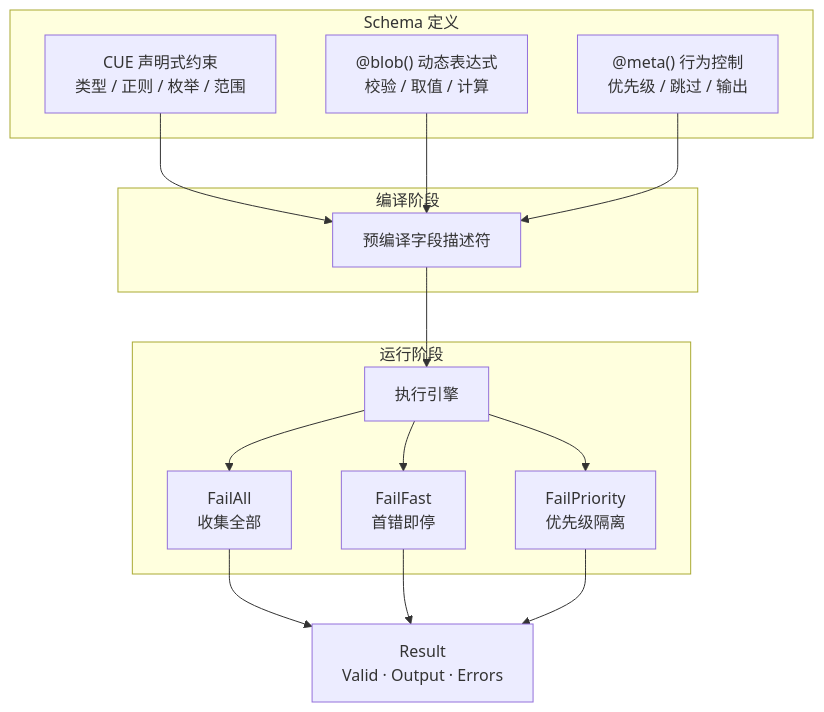
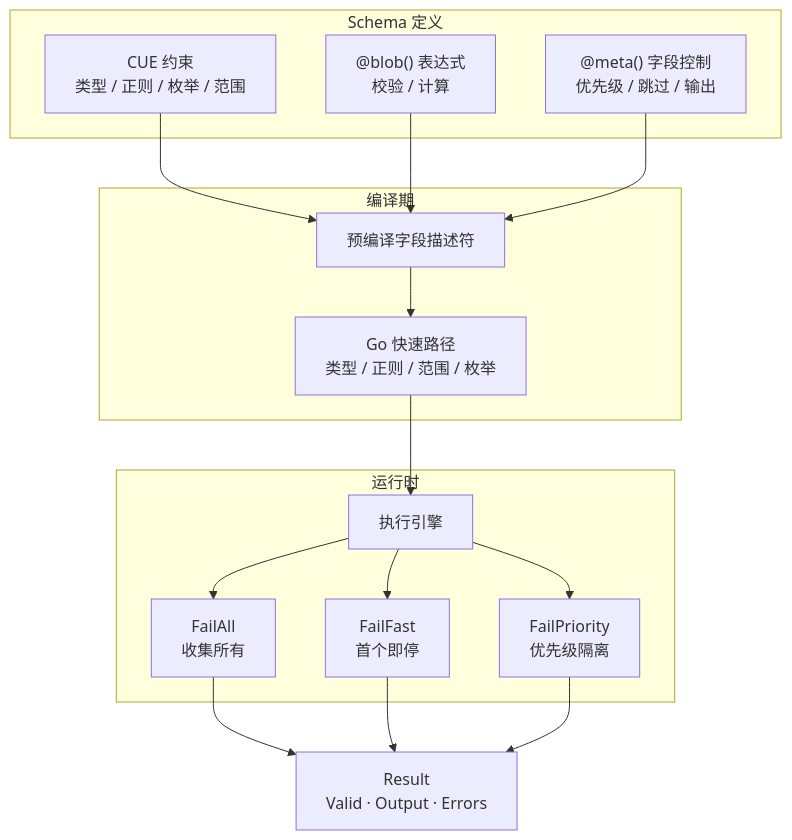
One commit to mredencom/schemix changed the diagram in README_zh.md. Above: the diagram before and after it, drawn with Mermaid. The commit also changed other lines of this file and 2 other files, not shown here.

First line of the commit message:
docs: update README, README_zh, and doc.go for all new features

````diff
--- a/README_zh.md
+++ b/README_zh.md
@@ -20,21 +20,22 @@
 ```mermaid
 graph TD
     subgraph Schema 定义
-        CUE[CUE 声明式约束<br/>类型 / 正则 / 枚举 / 范围]
-        BLOB["@blob() 动态表达式<br/>校验 / 取值 / 计算"]
-        META["@meta() 行为控制<br/>优先级 / 跳过 / 输出"]
+        CUE[CUE 约束<br/>类型 / 正则 / 枚举 / 范围]
+        BLOB["@blob() 表达式<br/>校验 / 计算"]
+        META["@meta() 字段控制<br/>优先级 / 跳过 / 输出"]
     end
 
-    subgraph 编译阶段
+    subgraph 编译期
         CUE & BLOB & META --> FD[预编译字段描述符]
+        FD --> FP[Go 快速路径<br/>类型 / 正则 / 范围 / 枚举]
     end
 
-    subgraph 运行阶段
-        FD --> ENGINE[执行引擎]
-        ENGINE --> FA[FailAll<br/>收集全部]
-        ENGINE --> FF[FailFast<br/>首错即停]
-        ENGINE --> FP[FailPriority<br/>优先级隔离]
+    subgraph 运行时
+        FP --> ENGINE[执行引擎]
+        ENGINE --> FA[FailAll<br/>收集所有]
+        ENGINE --> FF[FailFast<br/>首个即停]
+        ENGINE --> FPR[FailPriority<br/>优先级隔离]
     end
 
-    FA & FF & FP --> RESULT[Result<br/>Valid · Output · Errors]
+    FA & FF & FPR --> RESULT[Result<br/>Valid · Output · Errors]
 ```
````
